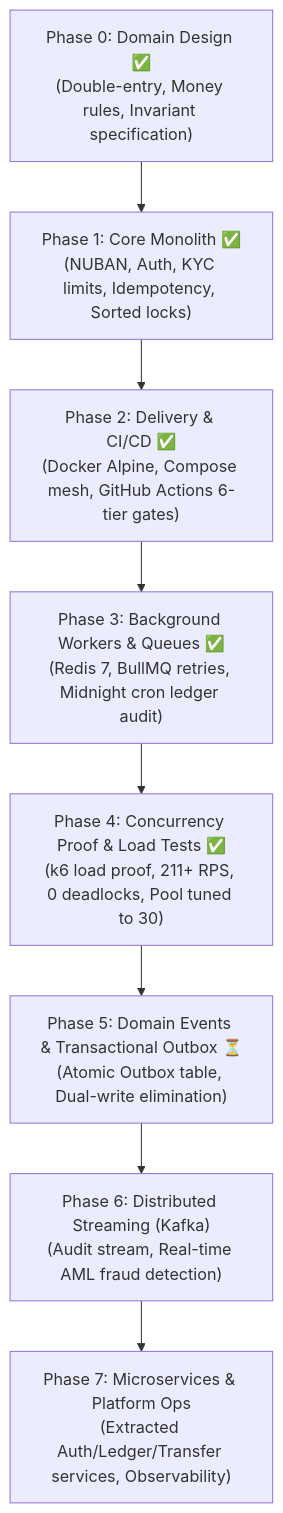
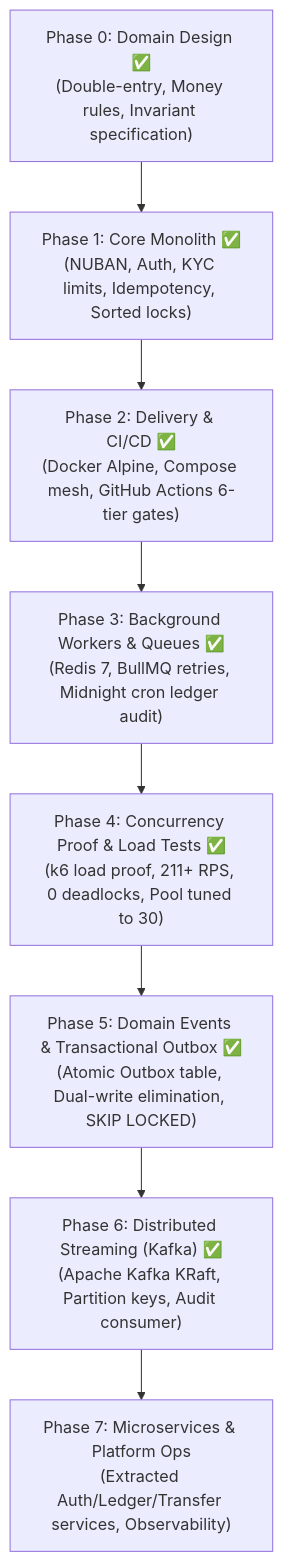
One commit to devhenode/Banking-API changed the third of 3 diagrams in README.md. Above: the diagram before and after it, drawn with Mermaid. The commit also changed other lines of this file and 38 other files, not shown here.

First line of the commit message:
feat(kafka): implement Kafka consumer and producer services with outbox pattern

````diff
--- a/README.md
+++ b/README.md
@@ -184,13 +187,13 @@
 ```mermaid
 flowchart TD
     P0["Phase 0: Domain Design ✅<br/>(Double-entry, Money rules, Invariant specification)"]
     P1["Phase 1: Core Monolith ✅<br/>(NUBAN, Auth, KYC limits, Idempotency, Sorted locks)"]
     P2["Phase 2: Delivery & CI/CD ✅<br/>(Docker Alpine, Compose mesh, GitHub Actions 6-tier gates)"]
     P3["Phase 3: Background Workers & Queues ✅<br/>(Redis 7, BullMQ retries, Midnight cron ledger audit)"]
     P4["Phase 4: Concurrency Proof & Load Tests ✅<br/>(k6 load proof, 211+ RPS, 0 deadlocks, Pool tuned to 30)"]
-    P5["Phase 5: Domain Events & Transactional Outbox ⏳<br/>(Atomic Outbox table, Dual-write elimination)"]
-    P6["Phase 6: Distributed Streaming (Kafka)<br/>(Audit stream, Real-time AML fraud detection)"]
+    P5["Phase 5: Domain Events & Transactional Outbox ✅<br/>(Atomic Outbox table, Dual-write elimination, SKIP LOCKED)"]
+    P6["Phase 6: Distributed Streaming (Kafka) ✅<br/>(Apache Kafka KRaft, Partition keys, Audit consumer)"]
     P7["Phase 7: Microservices & Platform Ops<br/>(Extracted Auth/Ledger/Transfer services, Observability)"]
 
     P0 --> P1 --> P2 --> P3 --> P4 --> P5 --> P6 --> P7
 ```
````
